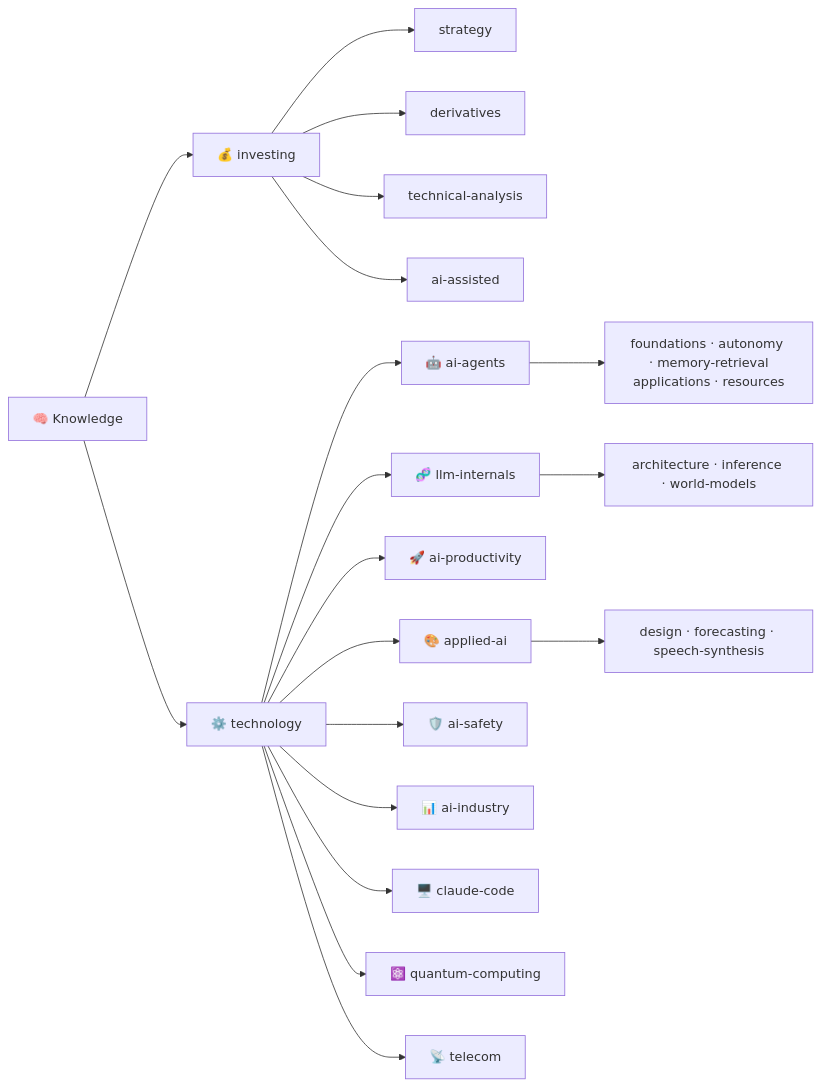
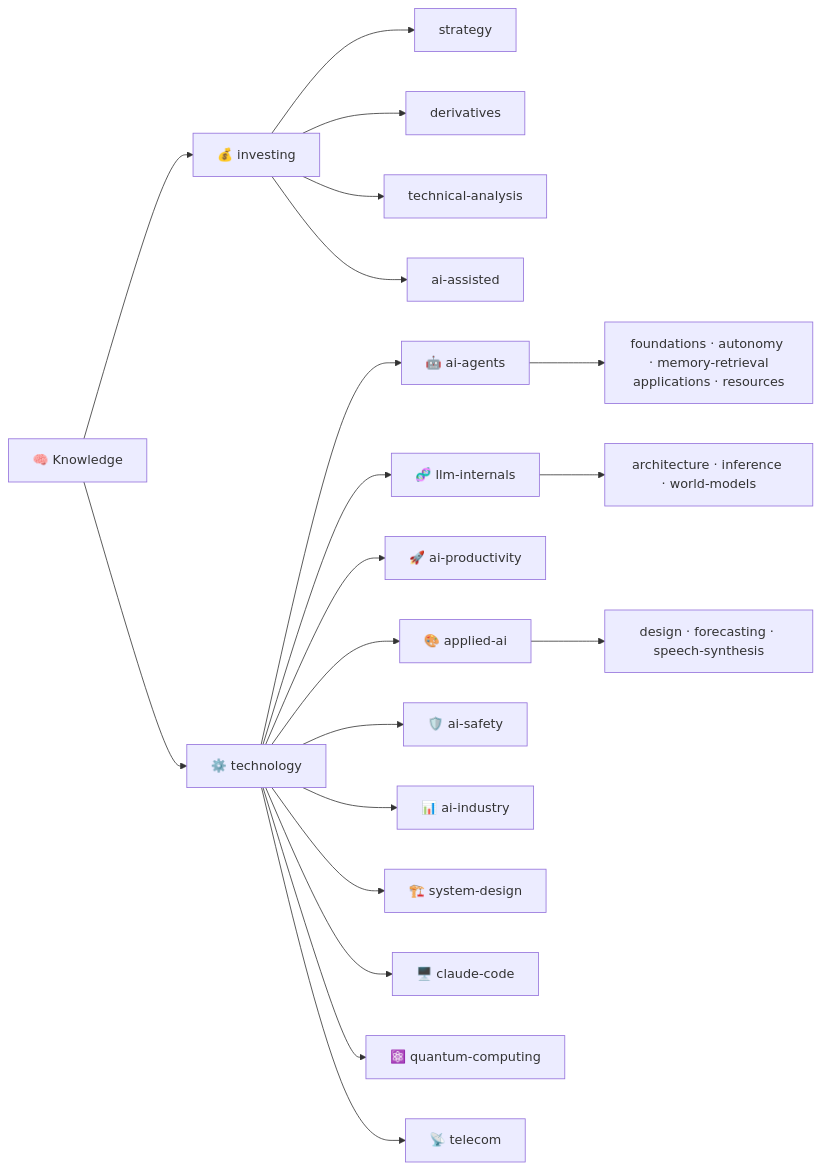
Before and after one commit to shooter2062424/Knowledge: the diagram in README.md, drawn with Mermaid. The commit also changed other lines of this file and 1 other file, not shown here.

````diff
--- a/README.md
+++ b/README.md
@@ -25,21 +25,22 @@
 ```mermaid
 flowchart LR
     K["🧠 Knowledge"] --> I["💰 investing"]
     K --> T["⚙️ technology"]
     I --> I1["strategy"]
     I --> I2["derivatives"]
     I --> I3["technical-analysis"]
     I --> I4["ai-assisted"]
     T --> T1["🤖 ai-agents"]
     T --> T2["🧬 llm-internals"]
     T --> T3["🚀 ai-productivity"]
     T --> T4["🎨 applied-ai"]
     T --> T7["🛡️ ai-safety"]
     T --> T9["📊 ai-industry"]
+    T --> T10["🏗️ system-design"]
     T --> T8["🖥️ claude-code"]
     T --> T6["⚛️ quantum-computing"]
     T --> T5["📡 telecom"]
     T1 --> T1a["foundations · autonomy · memory-retrieval<br/>applications · resources"]
     T2 --> T2a["architecture · inference · world-models"]
     T4 --> T4a["design · forecasting · speech-synthesis"]
 ```
````
